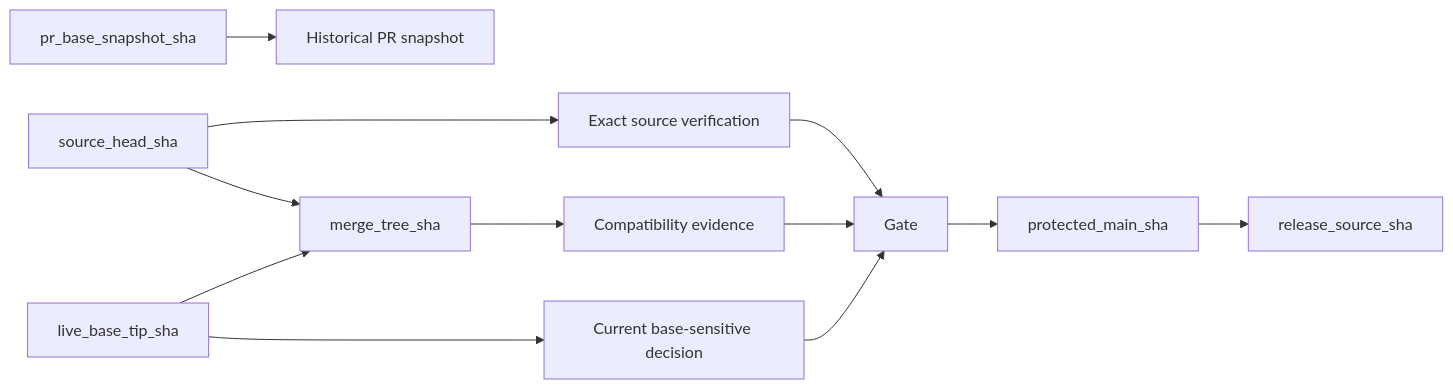
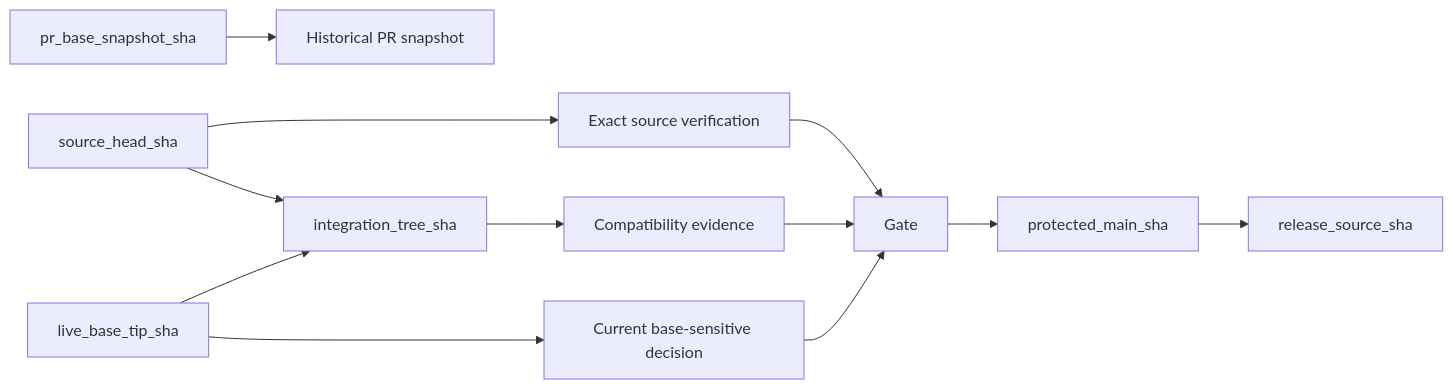
One commit to ContextualWisdomLab/life-os changed diagram 15 of 15 in docs/UML.md. Above: the diagram before and after it, drawn with Mermaid. The commit also changed other lines of this file, not shown here.

Commit message:
docs(uml): reconcile protected authority and model evaluation

````diff
--- a/docs/UML.md
+++ b/docs/UML.md
@@ -250,14 +274,14 @@
 ```mermaid
 flowchart LR
     Source[source_head_sha] --> SourceCheck[Exact source verification]
     BaseSnapshot[pr_base_snapshot_sha] --> Metadata[Historical PR snapshot]
     LiveBase[live_base_tip_sha] --> MergeDecision[Current base-sensitive decision]
-    Source --> MergeTree[merge_tree_sha]
-    LiveBase --> MergeTree
-    MergeTree --> MergeCheck[Compatibility evidence]
+    Source --> Integration[integration_tree_sha]
+    LiveBase --> Integration
+    Integration --> MergeCheck[Compatibility evidence]
     SourceCheck --> Gate
     MergeCheck --> Gate
     MergeDecision --> Gate
     Gate --> Main[protected_main_sha]
     Main --> Release[release_source_sha]
 ```
````
